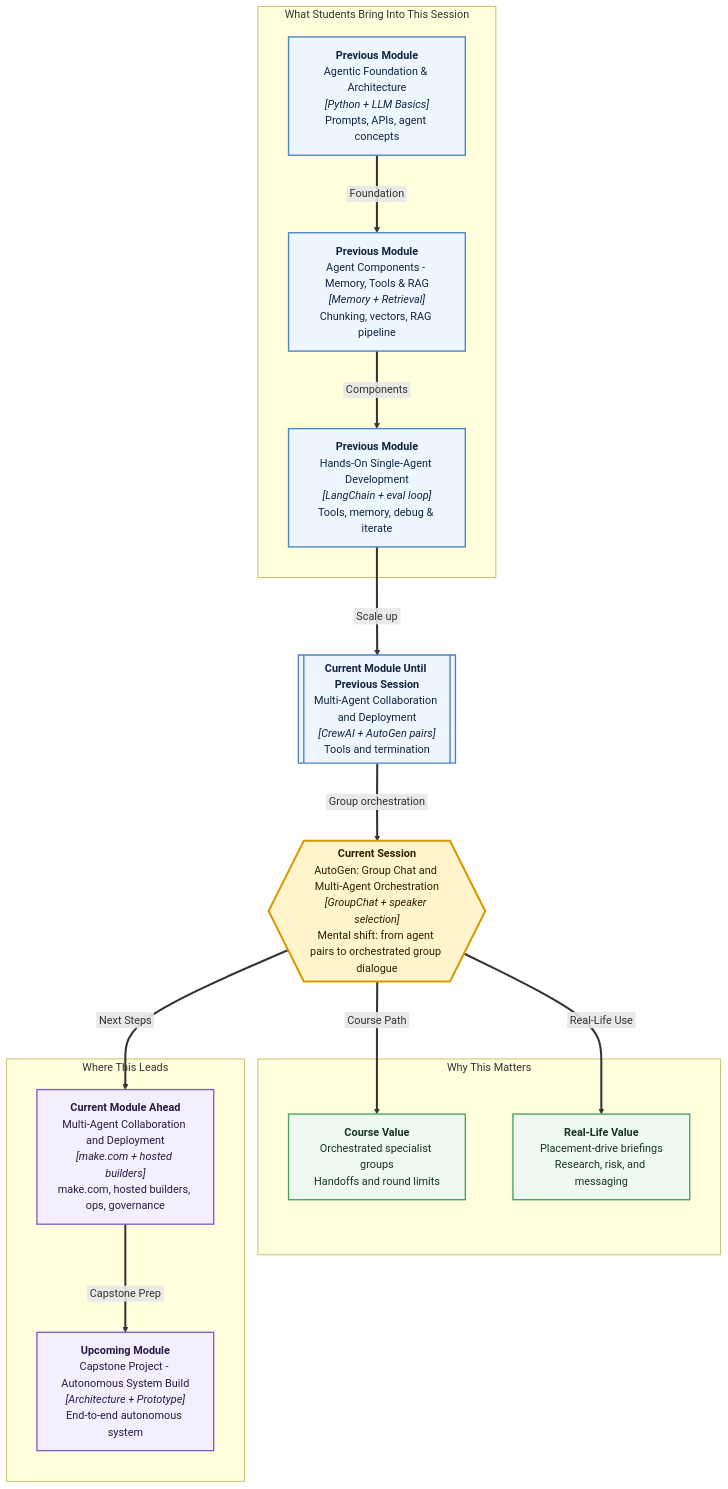
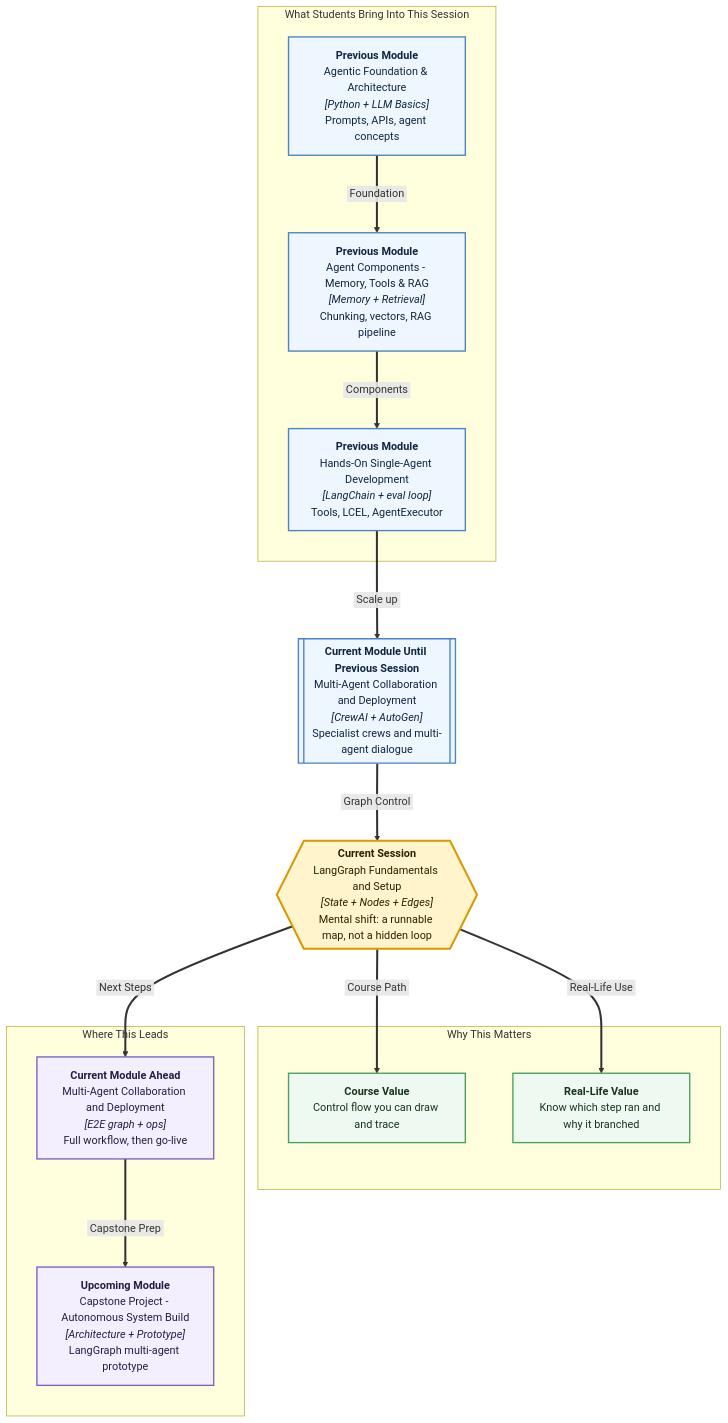
The diagram in iitr-as-260313/Module 4/Session43/Mental Map.md (ABVenu/IIT_Sessions_Content), drawn with Mermaid before and after one commit. The commit also changed 19 other files, not shown here.

````diff
--- a/iitr-as-260313/Module 4/Session43/Mental Map.md
+++ b/iitr-as-260313/Module 4/Session43/Mental Map.md
@@ -1,43 +1,43 @@
 ```mermaid
 %%{init: {"flowchart": {"nodeSpacing": 70, "rankSpacing": 90, "diagramPadding": 24}} }%%
 flowchart TB
   subgraph Foundation["What Students Bring Into This Session"]
     M1["<b>Previous Module</b><br/>Agentic Foundation & Architecture<br/><i>[Python + LLM Basics]</i><br/>Prompts, APIs, agent concepts"]
     M2["<b>Previous Module</b><br/>Agent Components - Memory, Tools & RAG<br/><i>[Memory + Retrieval]</i><br/>Chunking, vectors, RAG pipeline"]
-    M3["<b>Previous Module</b><br/>Hands-On Single-Agent Development<br/><i>[LangChain + eval loop]</i><br/>Tools, memory, debug & iterate"]
+    M3["<b>Previous Module</b><br/>Hands-On Single-Agent Development<br/><i>[LangChain + eval loop]</i><br/>Tools, LCEL, AgentExecutor"]
   end
 
-  CM[["<b>Current Module Until Previous Session</b><br/>Multi-Agent Collaboration and Deployment<br/><i>[CrewAI + AutoGen pairs]</i><br/>Tools and termination"]]
+  CM[["<b>Current Module Until Previous Session</b><br/>Multi-Agent Collaboration and Deployment<br/><i>[CrewAI + AutoGen]</i><br/>Specialist crews and multi-agent dialogue"]]
 
-  CS{{"<b>Current Session</b><br/>AutoGen: Group Chat and Multi-Agent Orchestration<br/><i>[GroupChat + speaker selection]</i><br/>Mental shift: from agent pairs to orchestrated group dialogue"}}
+  CS{{"<b>Current Session</b><br/>LangGraph Fundamentals and Setup<br/><i>[State + Nodes + Edges]</i><br/>Mental shift: a runnable map, not a hidden loop"}}
 
   subgraph Value["Why This Matters"]
-    CV["<b>Course Value</b><br/>Orchestrated specialist groups<br/>Handoffs and round limits"]
-    RV["<b>Real-Life Value</b><br/>Placement-drive briefings<br/>Research, risk, and messaging"]
+    CV["<b>Course Value</b><br/>Control flow you can draw and trace"]
+    RV["<b>Real-Life Value</b><br/>Know which step ran and why it branched"]
   end
 
   subgraph Future["Where This Leads"]
-    F4["<b>Current Module Ahead</b><br/>Multi-Agent Collaboration and Deployment<br/><i>[make.com + hosted builders]</i><br/>make.com, hosted builders, ops, governance"]
-    F5["<b>Upcoming Module</b><br/>Capstone Project - Autonomous System Build<br/><i>[Architecture + Prototype]</i><br/>End-to-end autonomous system"]
+    F4["<b>Current Module Ahead</b><br/>Multi-Agent Collaboration and Deployment<br/><i>[E2E graph + ops]</i><br/>Full workflow, then go-live"]
+    F5["<b>Upcoming Module</b><br/>Capstone Project - Autonomous System Build<br/><i>[Architecture + Prototype]</i><br/>LangGraph multi-agent prototype"]
   end
 
   M1 ==>|&nbsp;Foundation&nbsp;| M2
   M2 ==>|&nbsp;Components&nbsp;| M3
   M3 ==>|&nbsp;Scale up&nbsp;| CM
-  CM ==>|&nbsp;Group orchestration&nbsp;| CS
+  CM ==>|&nbsp;Graph Control&nbsp;| CS
   CS ==>|&nbsp;Course Path&nbsp;| CV
   CS ==>|&nbsp;Real-Life Use&nbsp;| RV
   CS ==>|&nbsp;Next Steps&nbsp;| F4
   F4 ==>|&nbsp;Capstone Prep&nbsp;| F5
 
   classDef previous fill:#eef6ff,stroke:#4b83c3,stroke-width:2px,color:#0f2540;
   classDef current fill:#fff4cc,stroke:#d99a00,stroke-width:3px,color:#2d2100;
   classDef value fill:#eefaf1,stroke:#4c9f63,stroke-width:2px,color:#16351f;
   classDef future fill:#f4efff,stroke:#7b61c8,stroke-width:2px,color:#261c45;
 
   class M1,M2,M3,CM previous;
   class CS current;
   class CV,RV value;
   class F4,F5 future;
   linkStyle default stroke-width:3px;
 ```
````
